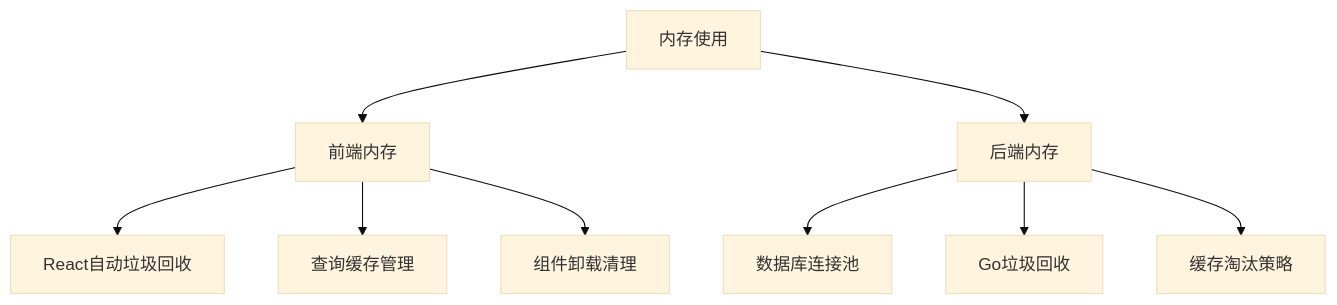
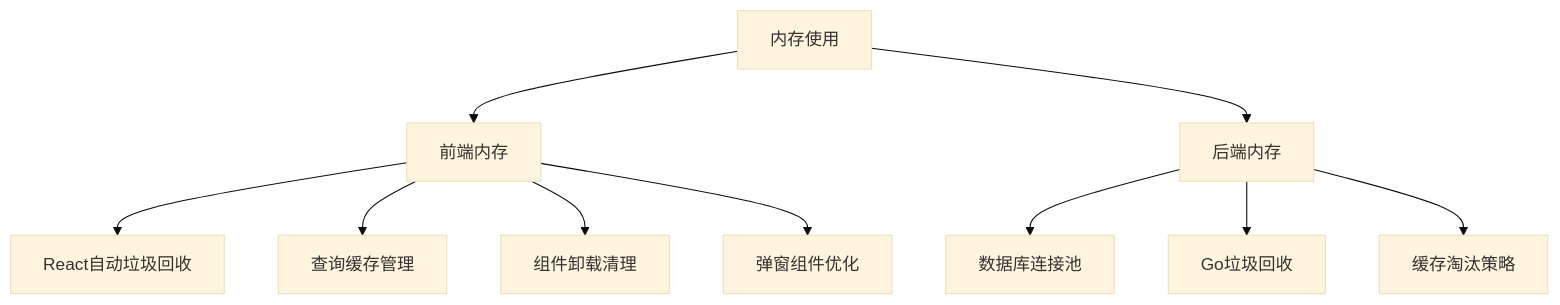
Diagram 15 of 15 in .qoder/repowiki/zh/content/UI 组件库/专用功能组件/日程快速输入组件.md (hrygo/memos), drawn with Mermaid (base theme) before and after one commit. The commit also changed other lines of this file and 29 other files, not shown here.

````diff
--- a/.qoder/repowiki/zh/content/UI 组件库/专用功能组件/日程快速输入组件.md
+++ b/.qoder/repowiki/zh/content/UI 组件库/专用功能组件/日程快速输入组件.md
@@ -527,11 +634,12 @@
 ```mermaid
 flowchart TD
 Memory[内存使用] --> Frontend[前端内存]
 Memory --> Backend[后端内存]
 Frontend --> ReactGC[React自动垃圾回收]
 Frontend --> QueryCache[查询缓存管理]
 Frontend --> ComponentCleanup[组件卸载清理]
+Frontend --> PopoverOptimization[弹窗组件优化]
 Backend --> DBPool[数据库连接池]
 Backend --> GC[Go垃圾回收]
 Backend --> Cache[缓存淘汰策略]
 ```
````
